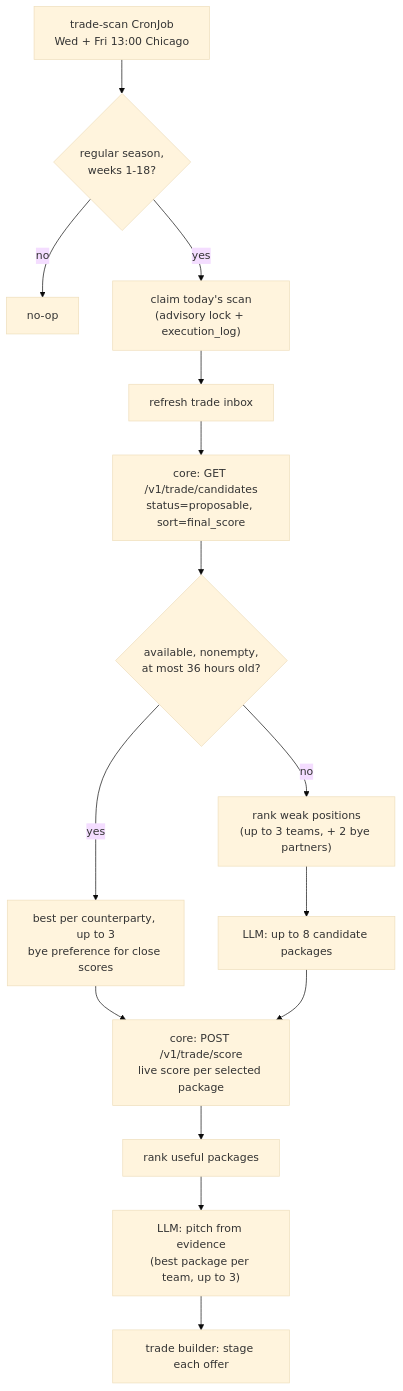
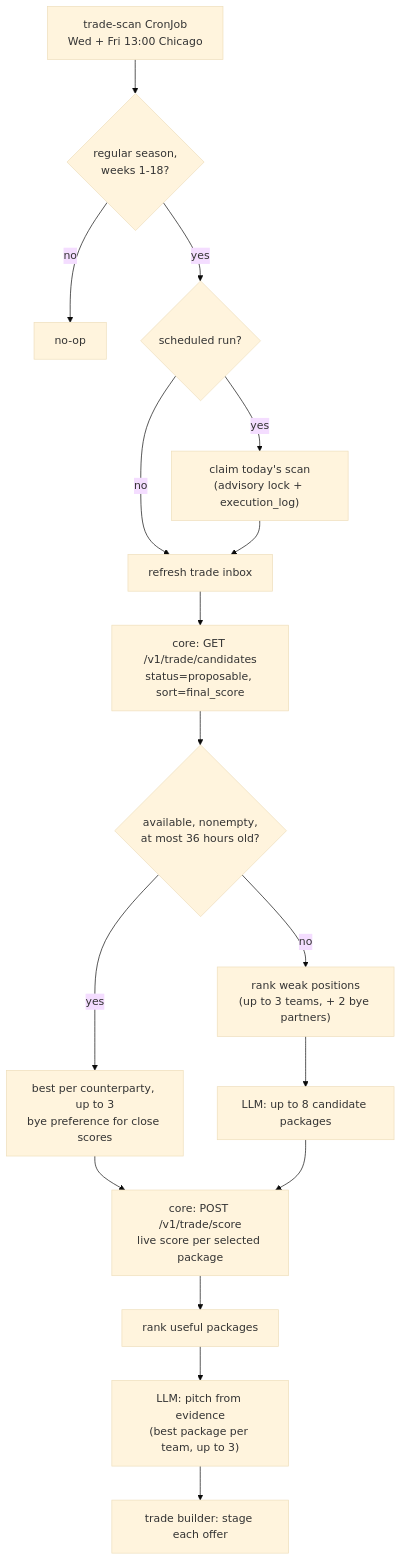
The diagram in docs/bots/trade-proposal-and-scan.md (cvillarr23/fantasy-browser-worker), drawn with Mermaid (base theme) before and after one commit. The commit also changed other lines of this file and 7 other files, not shown here.

First line of the commit message:
Worker run identity from launcher; manual trade scan skips daily claim (#229)

````diff
--- a/docs/bots/trade-proposal-and-scan.md
+++ b/docs/bots/trade-proposal-and-scan.md
@@ -9,17 +9,19 @@
 ```mermaid
 flowchart TD
     cron["trade-scan CronJob\nWed + Fri 13:00 Chicago"] --> gate{"regular season,\nweeks 1-18?"}
     gate -->|no| noop["no-op"]
-    gate -->|yes| claim["claim today's scan\n(advisory lock + execution_log)"]
+    gate -->|yes| trigger{"scheduled run?"}
+    trigger -->|yes| claim["claim today's scan\n(advisory lock + execution_log)"]
+    trigger -->|no| inbox["refresh trade inbox"]
     claim --> inbox["refresh trade inbox"]
     inbox --> candidates["core: GET /v1/trade/candidates\nstatus=proposable, sort=final_score"]
     candidates --> fresh{"available, nonempty,\nat most 36 hours old?"}
     fresh -->|yes| pick["best per counterparty, up to 3\nbye preference for close scores"]
     fresh -->|no| target["rank weak positions\n(up to 3 teams, + 2 bye partners)"]
     target --> llm1["LLM: up to 8 candidate packages"]
     pick --> score["core: POST /v1/trade/score\nlive score per selected package"]
     llm1 --> score
     score --> rank["rank useful packages"]
     rank --> llm2["LLM: pitch from evidence\n(best package per team, up to 3)"]
     llm2 --> stage["trade builder: stage each offer"]
 ```
````
